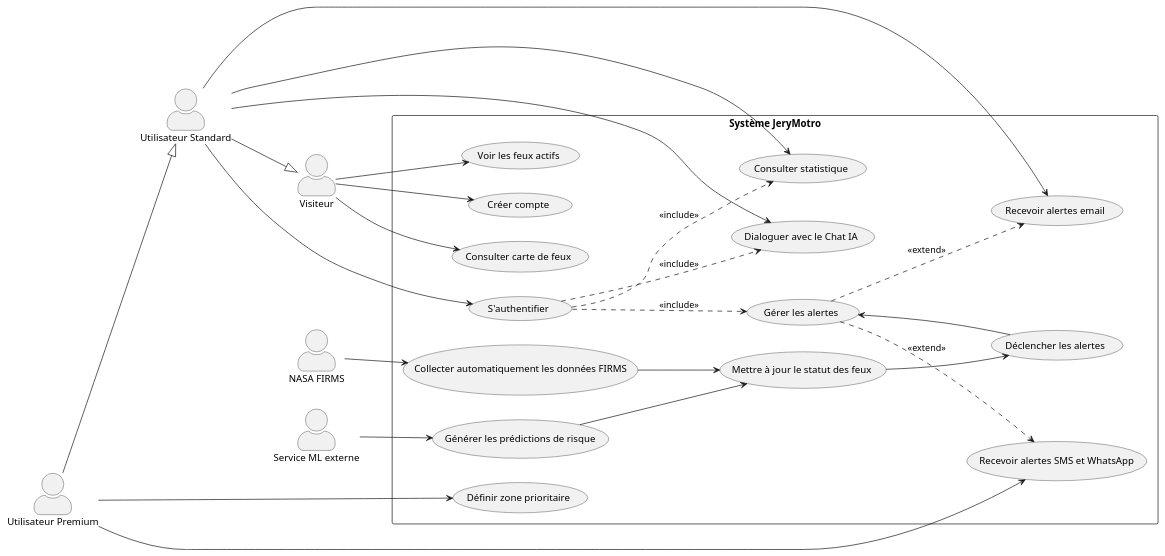
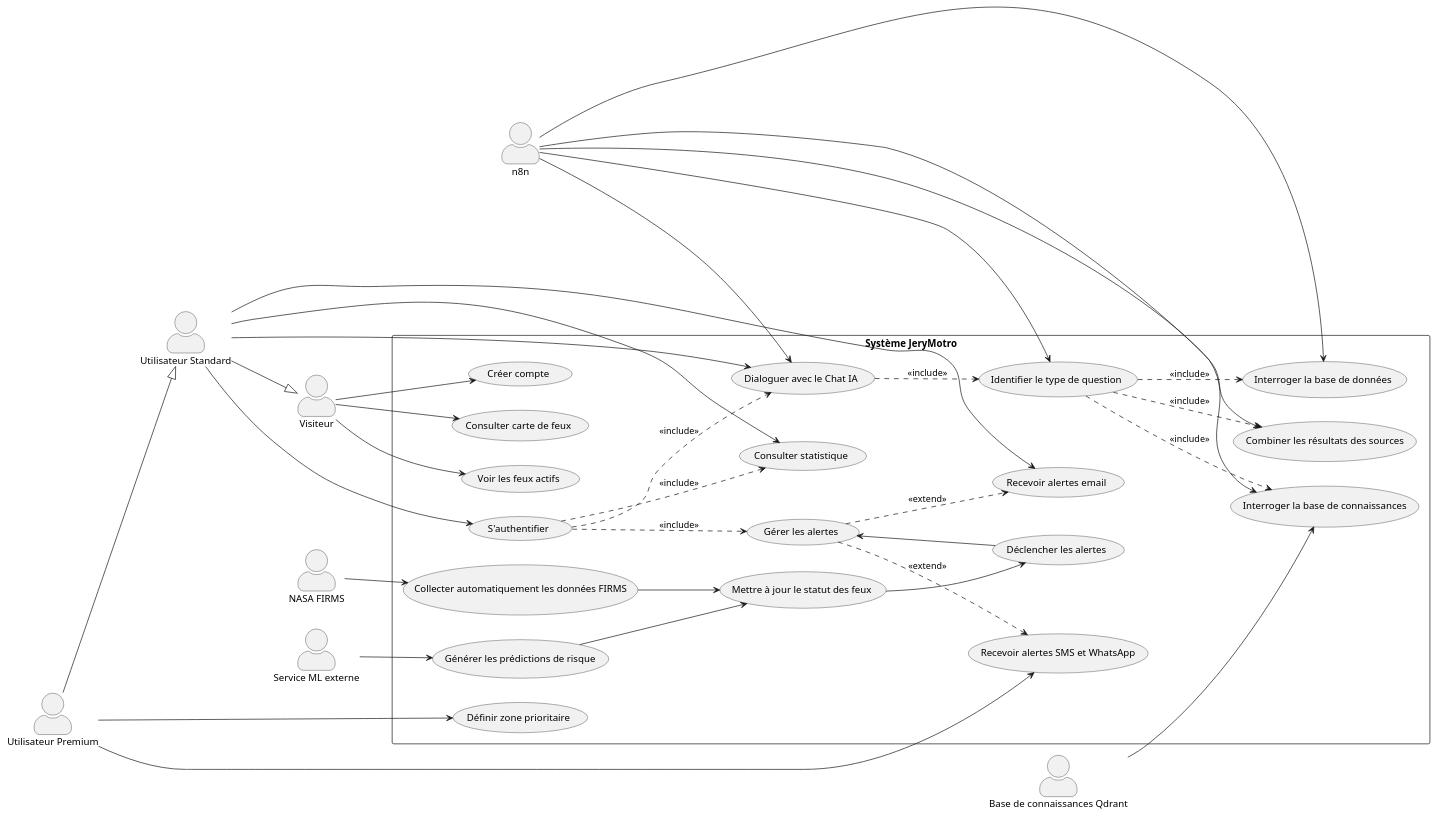
Before and after one commit to TkAbeleon/NoteAcemiqueProjetSoutenanceL3: the diagram in UML_JeryMotro/DCU.plantuml, drawn with PlantUML.

Commit message:
docs(uml): model n8n and chat data sources in DCU

```diff
--- a/UML_JeryMotro/DCU.plantuml
+++ b/UML_JeryMotro/DCU.plantuml
@@ -1,72 +1,94 @@
 @startuml
 left to right direction
 
 skinparam packageStyle rectangle
 skinparam actorStyle awesome
 
 actor "Visiteur" as Visiteur
 actor "Utilisateur Standard" as Standard
 actor "Utilisateur Premium" as Premium
 
 actor "NASA FIRMS" as FIRMS
 actor "Service ML externe" as ML
+actor "n8n" as N8N
+actor "Base de connaissances Qdrant" as Qdrant
 
 rectangle "Système JeryMotro" {
 
     usecase "Consulter carte de feux" as UC1
     usecase "Voir les feux actifs" as UC2
     usecase "Créer compte" as UC3
 
     usecase "S'authentifier" as UC4
     usecase "Consulter statistique" as UC5
     usecase "Dialoguer avec le Chat IA" as UC6
     usecase "Recevoir alertes email" as UC7
 
     usecase "Définir zone prioritaire" as UC8
     usecase "Recevoir alertes SMS et WhatsApp" as UC9
 
     usecase "Gérer les alertes" as UC10
 
     usecase "Collecter automatiquement les données FIRMS" as UC11
     usecase "Générer les prédictions de risque" as UC12
     usecase "Mettre à jour le statut des feux" as UC13
     usecase "Déclencher les alertes" as UC14
+
+    usecase "Identifier le type de question" as UC15
+    usecase "Interroger la base de données" as UC16
+    usecase "Interroger la base de connaissances" as UC17
+    usecase "Combiner les résultats des sources" as UC18
 }
 
 ' Associations avec les utilisateurs
 Visiteur --> UC1
 Visiteur --> UC2
 Visiteur --> UC3
 
 Standard --> UC4
 Standard --> UC5
 Standard --> UC6
 Standard --> UC7
 
 Premium --> UC8
 Premium --> UC9
 
 ' Relations entre acteurs
 Standard --|> Visiteur
 Premium --|> Standard
 
 ' Gestion des alertes
 UC4 ..> UC10 : <<include>>
 UC4 ..> UC5 : <<include>>
 UC4 ..> UC6 : <<include>>
 UC10 ..> UC7 : <<extend>>
 UC10 ..> UC9 : <<extend>>
 
 ' Collecte des données externes
 FIRMS --> UC11
 
 ' Traitement ML externe
 ML --> UC12
 
 ' Traitements internes
 UC11 --> UC13
 UC12 --> UC13
 UC13 --> UC14
 UC10 <-- UC14
 
+' Chat IA avec n8n
+N8N --> UC6
+N8N --> UC15
+N8N --> UC16
+N8N --> UC17
+N8N --> UC18
+
+UC6 ..> UC15 : <<include>>
+UC15 ..> UC16 : <<include>>
+UC15 ..> UC17 : <<include>>
+UC15 ..> UC18 : <<include>>
+
+' Base de connaissances externe
+Qdrant --> UC17
+
 @enduml
```
